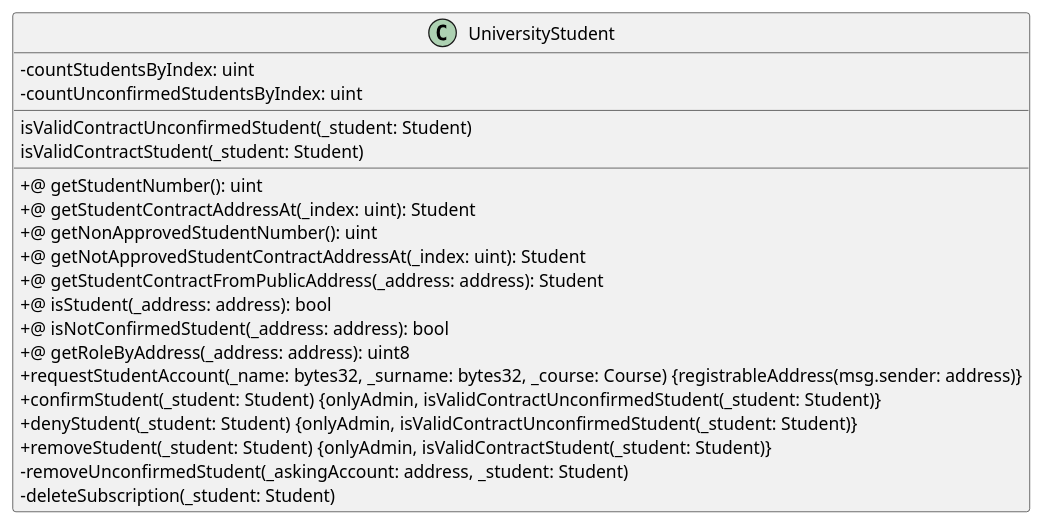
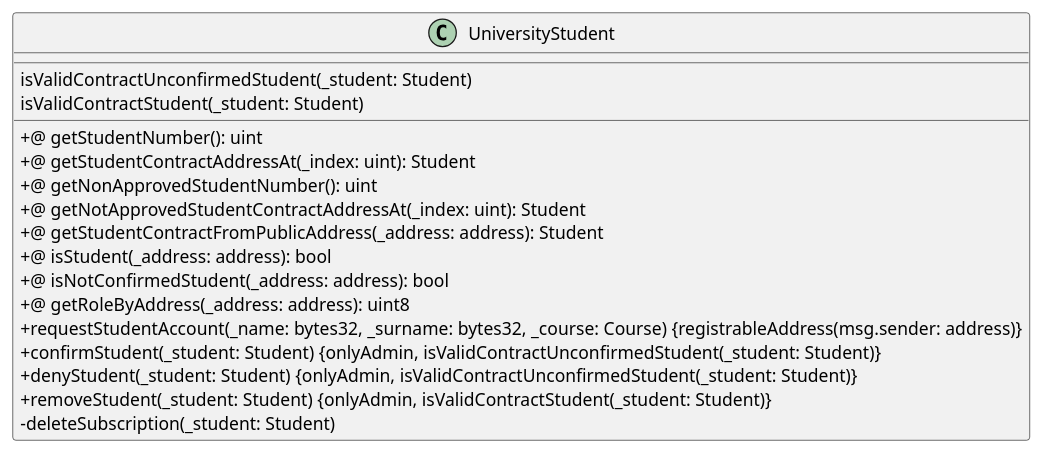
Before and after one commit to M9k/Marvin-Uml: the diagram in Solidity/Contracts/UniversityStudent.iuml, drawn with PlantUML. The commit also changed 7 other files, not shown here.

```diff
--- a/Solidity/Contracts/UniversityStudent.iuml
+++ b/Solidity/Contracts/UniversityStudent.iuml
@@ -1,25 +1,22 @@
 @startuml
 skinparam classAttributeIconSize 0
 class UniversityStudent {
-- countStudentsByIndex: uint
-- countUnconfirmedStudentsByIndex: uint
 __
 isValidContractUnconfirmedStudent(_student: Student)
 isValidContractStudent(_student: Student)
 __
 +@ getStudentNumber(): uint
 +@ getStudentContractAddressAt(_index: uint): Student
 +@ getNonApprovedStudentNumber(): uint
 +@ getNotApprovedStudentContractAddressAt(_index: uint): Student
 +@ getStudentContractFromPublicAddress(_address: address): Student
 +@ isStudent(_address: address): bool
 +@ isNotConfirmedStudent(_address: address): bool
 +@ getRoleByAddress(_address: address): uint8
 + requestStudentAccount(_name: bytes32, _surname: bytes32, _course: Course) {registrableAddress(msg.sender: address)}
 + confirmStudent(_student: Student) {onlyAdmin, isValidContractUnconfirmedStudent(_student: Student)}
 + denyStudent(_student: Student) {onlyAdmin, isValidContractUnconfirmedStudent(_student: Student)}
 + removeStudent(_student: Student) {onlyAdmin, isValidContractStudent(_student: Student)}
-- removeUnconfirmedStudent(_askingAccount: address, _student: Student)
 - deleteSubscription(_student: Student)
 }
 @enduml
```
